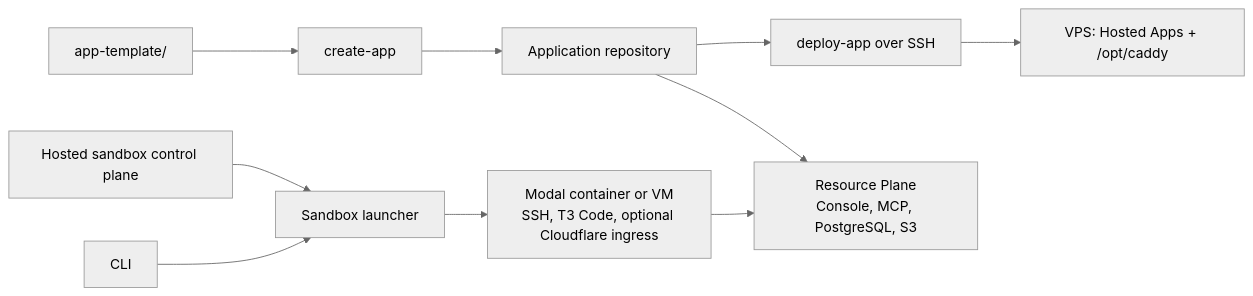
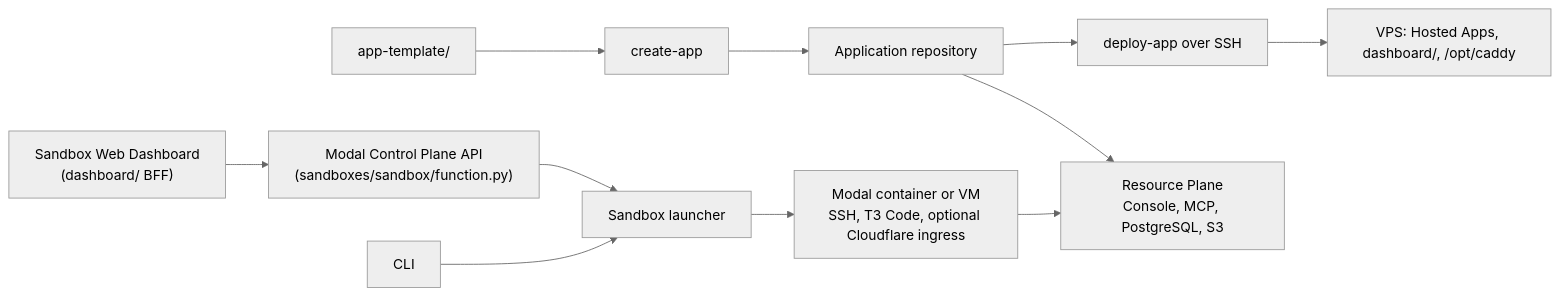
One commit to YoungMahesh/software-factory changed the diagram in readme.md. Above: the diagram before and after it, drawn with Mermaid (neutral theme). The commit also changed other lines of this file and 20 other files, not shown here.

````diff
--- a/readme.md
+++ b/readme.md
@@ -13,12 +14,13 @@
 ```mermaid
 flowchart LR
     CLI["CLI"] --> Launcher["Sandbox launcher"]
-    Dashboard["Hosted sandbox control plane"] --> Launcher
+    Dashboard["Sandbox Web Dashboard<br/>(dashboard/ BFF)"] --> ControlPlane["Modal Control Plane API<br/>(sandboxes/sandbox/function.py)"]
+    ControlPlane --> Launcher
     Launcher --> Sandbox["Modal container or VM<br/>SSH, T3 Code, optional Cloudflare ingress"]
     Template["app-template/"] --> Scaffold["create-app"]
     Scaffold --> App["Application repository"]
     App --> Deploy["deploy-app over SSH"]
-    Deploy --> VPS["VPS: Hosted Apps + /opt/caddy"]
+    Deploy --> VPS["VPS: Hosted Apps, dashboard/, /opt/caddy"]
     Sandbox --> Resources["Resource Plane<br/>Console, MCP, PostgreSQL, S3"]
     App --> Resources
 ```
````
